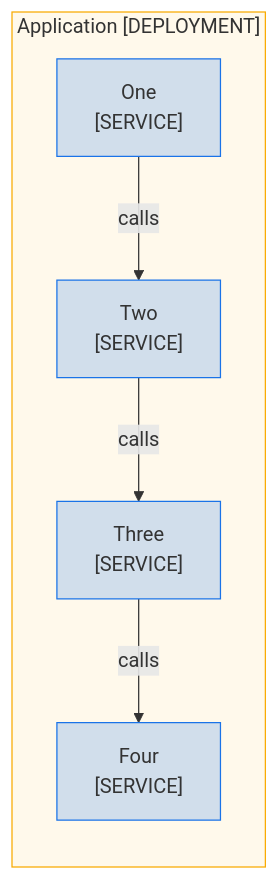
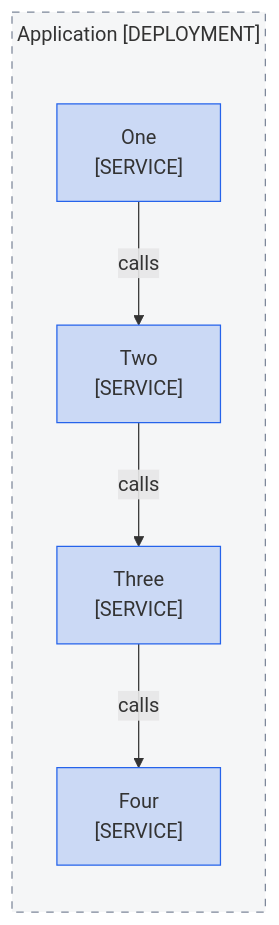
Before and after one commit to choonchernlim/skills: the diagram in skills/docsmith/scripts/fixtures/bad/mmd-boundary.md, drawn with Mermaid. The commit also changed other lines of this file and 127 other files, not shown here.

````diff
--- a/skills/docsmith/scripts/fixtures/bad/mmd-boundary.md
+++ b/skills/docsmith/scripts/fixtures/bad/mmd-boundary.md
@@ -12,18 +12,19 @@
 ```mermaid
 graph TD
+  %%{init: {"themeCSS": ".cluster-label, .cluster-label div, .cluster-label span, .cluster-label p { text-align: center !important; }", "flowchart": {"curve": "rounded", "subGraphTitleMargin": {"top": 6, "bottom": 30}}}}%%
   subgraph App["Application [DEPLOYMENT]"]
     direction TB
     One["One<br/>[SERVICE]"]
     Two["Two<br/>[SERVICE]"]
     Three["Three<br/>[SERVICE]"]
     Four["Four<br/>[SERVICE]"]
   end
   One -->|"calls"| Two
   Two -->|"calls"| Three
   Three -->|"calls"| Four
 
   class One,Two,Three,Four own
   class App boundary
-  classDef own fill:#1a73e833,stroke:#1a73e8
-  classDef boundary fill:#f9ab0014,stroke:#f9ab00
+  classDef own fill:#2563eb33,stroke:#2563eb
+  classDef boundary fill:#7d879914,stroke:#7d8799,stroke-dasharray:6
 ```
````
